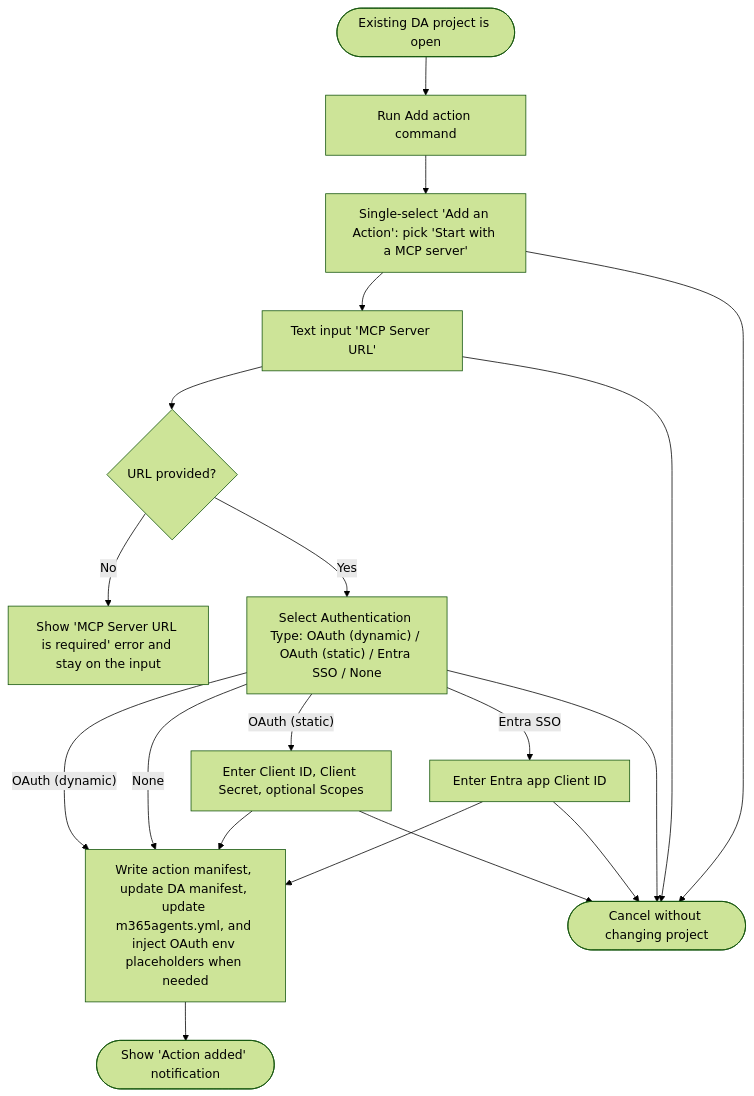
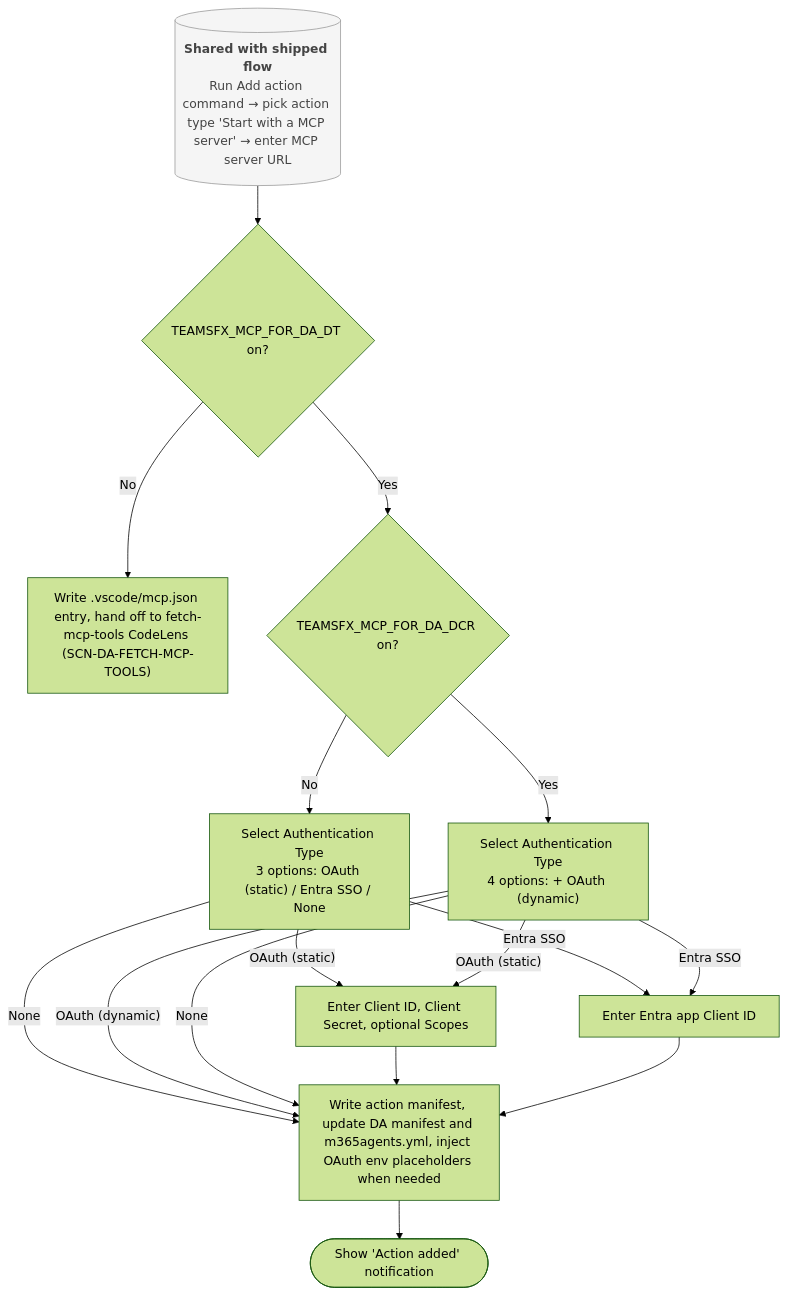
One commit to OfficeDev/microsoft-365-agents-toolkit changed the first of 3 diagrams in docs/01-product/scenarios/da/draft/add-mcp-action-to-da.md. Above: the diagram before and after it, drawn with Mermaid (forest theme). The commit also changed other lines of this file and 3 other files, not shown here.

First line of the commit message:
docs(da): refine MCP-for-DA draft scenarios for DT/DCR flag gating

````diff
--- a/docs/01-product/scenarios/da/draft/add-mcp-action-to-da.md
+++ b/docs/01-product/scenarios/da/draft/add-mcp-action-to-da.md
@@ -58,21 +71,21 @@
 ```mermaid
 flowchart TD
-  ProjectReady([Existing DA project is open]) --> RunAdd[Run Add action command]
-  RunAdd --> PickType[Single-select 'Add an Action': pick 'Start with a MCP server']
-  PickType --> EnterUrl[Text input 'MCP Server URL']
-  EnterUrl --> UrlValid{URL provided?}
-  UrlValid -- No --> MissingUrl[Show 'MCP Server URL is required' error and stay on the input]
-  UrlValid -- Yes --> SelectAuth["Select Authentication Type: OAuth (dynamic) / OAuth (static) / Entra SSO / None"]
-  SelectAuth -- "OAuth (dynamic)" --> WriteFiles
-  SelectAuth -- None --> WriteFiles
-  SelectAuth -- "OAuth (static)" --> StaticFields["Enter Client ID, Client Secret, optional Scopes"]
-  SelectAuth -- "Entra SSO" --> SsoFields[Enter Entra app Client ID]
-  StaticFields --> WriteFiles[Write action manifest, update DA manifest, update m365agents.yml, and inject OAuth env placeholders when needed]
+  Preamble[("<b>Shared with shipped flow</b><br/>Run Add action command &rarr; pick action type 'Start with a MCP server' &rarr; enter MCP server URL")] --> DtGate{TEAMSFX_MCP_FOR_DA_DT on?}
+  DtGate -- No --> LegacyHandoff["Write .vscode/mcp.json entry, hand off to fetch-mcp-tools CodeLens (SCN-DA-FETCH-MCP-TOOLS)"]
+  DtGate -- Yes --> DcrGate{TEAMSFX_MCP_FOR_DA_DCR on?}
+  DcrGate -- No --> SelectAuth3["Select Authentication Type<br/>3 options: OAuth (static) / Entra SSO / None"]
+  DcrGate -- Yes --> SelectAuth4["Select Authentication Type<br/>4 options: + OAuth (dynamic)"]
+  SelectAuth3 -- None --> WriteFiles
+  SelectAuth3 -- "OAuth (static)" --> StaticFields["Enter Client ID, Client Secret, optional Scopes"]
+  SelectAuth3 -- "Entra SSO" --> SsoFields[Enter Entra app Client ID]
+  SelectAuth4 -- "OAuth (dynamic)" --> WriteFiles
+  SelectAuth4 -- None --> WriteFiles
+  SelectAuth4 -- "OAuth (static)" --> StaticFields
+  SelectAuth4 -- "Entra SSO" --> SsoFields
+  StaticFields --> WriteFiles[Write action manifest, update DA manifest and m365agents.yml, inject OAuth env placeholders when needed]
   SsoFields --> WriteFiles
   WriteFiles --> Success([Show 'Action added' notification])
-  PickType --> Cancel([Cancel without changing project])
-  EnterUrl --> Cancel
-  SelectAuth --> Cancel
-  StaticFields --> Cancel
-  SsoFields --> Cancel
+
+  classDef shared fill:#f5f5f5,stroke:#999,color:#444
+  class Preamble shared
 ```
````
